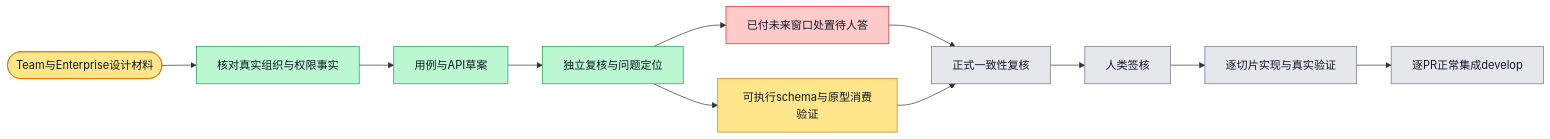
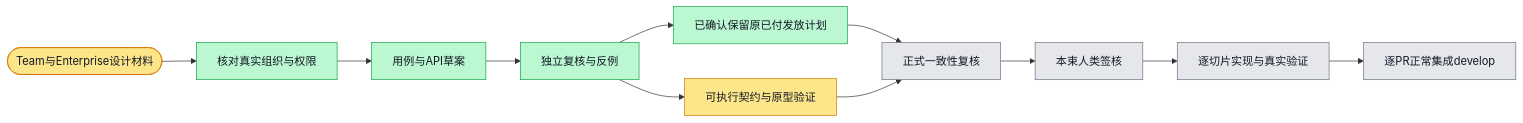
The diagram in phases/phase-21-billing-payment/design-deltas/team-enterprise-v1/execution-plan.md (boardx/workspacex), drawn with Mermaid before and after one commit. The commit also changed other lines of this file and 49 other files, not shown here.

````diff
--- a/phases/phase-21-billing-payment/design-deltas/team-enterprise-v1/execution-plan.md
+++ b/phases/phase-21-billing-payment/design-deltas/team-enterprise-v1/execution-plan.md
@@ -5,31 +5,30 @@
 ```mermaid
 flowchart LR
- G([Team与Enterprise设计材料]) --> S1[核对真实组织与权限事实]
+ G([Team与Enterprise设计材料]) --> S1[核对真实组织与权限]
  S1 --> S2[用例与API草案]
- S2 --> S3[独立复核与问题定位]
- S3 --> B1[已付未来窗口处置待人答]
- S3 --> S4[可执行schema与原型消费验证]
+ S2 --> S3[独立复核与反例]
+ S3 --> B1[已确认保留原已付发放计划]
+ S3 --> S4[可执行契约与原型验证]
  B1 --> S5[正式一致性复核]
  S4 --> S5
- S5 --> S6[人类签核]
+ S5 --> S6[本束人类签核]
  S6 --> S7[逐切片实现与真实验证]
  S7 --> S8[逐PR正常集成develop]
  classDef todo fill:#e5e7eb,stroke:#6b7280,color:#111827
  classDef doing fill:#fde68a,stroke:#d97706,color:#111827
  classDef done fill:#bbf7d0,stroke:#16a34a,color:#111827
  classDef tested fill:#ddd6fe,stroke:#7c3aed,color:#111827
  classDef blocked fill:#fecaca,stroke:#dc2626,color:#111827
  class G doing
  class S1 done
  class S2 done
  class S3 done
- class B1 blocked
- %% blocked B1: 已通过request_user_input_async询问已付年费剩余窗口处置，等待用户答；不默认停止/退款/折抵
+ class B1 done
+ %% evidence B1: human-decisions.md; explicit user reply on 2026-11-02
  class S4 doing
- %% evidence S4: paid licensing history, Team100/prototype22/browser5/typeslint9; payment recovery/platform operations pending
- %% evidence S4: catalog/core/quote/entitlement schemas; contracts1336/prototype20/browser5/typeslint9; remaining responses and operations pending
+ %% evidence S4: calendar/core132, contracts1386, UI65, API/PG94; remaining platform schemas and operations pending
  class S5 todo
  class S6 todo
  class S7 todo
  class S8 todo
 ```
````
